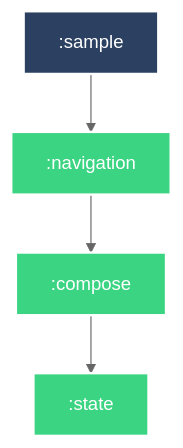
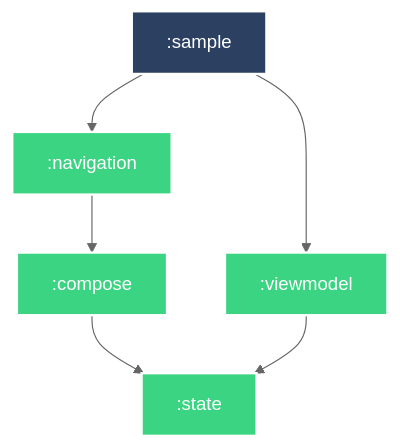
The diagram in README.md (JustBurrow/android-ui), drawn with Mermaid before and after one commit.

Commit message:
📝 모듈 그래프 업데이트.

````diff
--- a/README.md
+++ b/README.md
@@ -11,20 +11,23 @@
 ```mermaid
 %%{
   init: {
     'theme': 'neutral'
   }
 }%%
 
 graph TB
   :compose --> :state
   :navigation --> :compose
   :sample --> :navigation
+  :sample --> :viewmodel
+  :viewmodel --> :state
 
 classDef android-library fill:#3BD482,stroke:#fff,stroke-width:2px,color:#fff;
 classDef android-application fill:#2C4162,stroke:#fff,stroke-width:2px,color:#fff;
 class :compose android-library
 class :state android-library
 class :navigation android-library
 class :sample android-application
+class :viewmodel android-library
 
 ```
````
